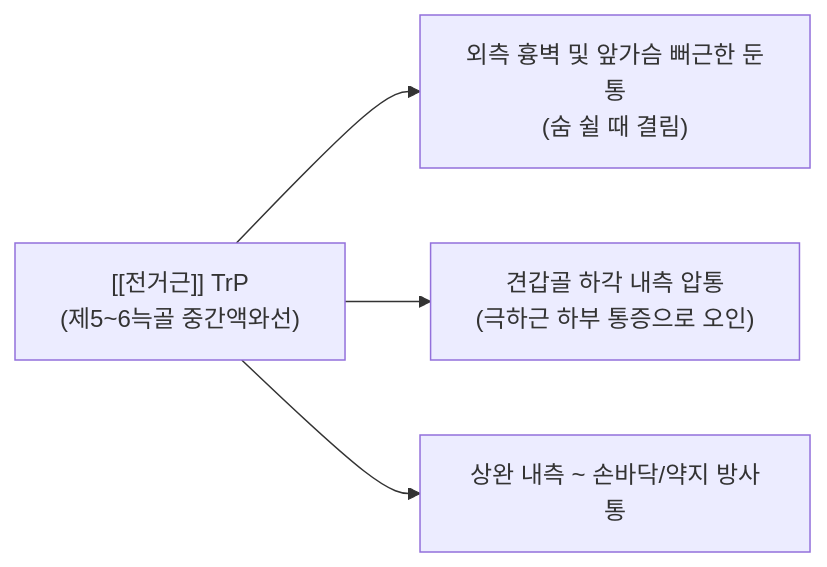
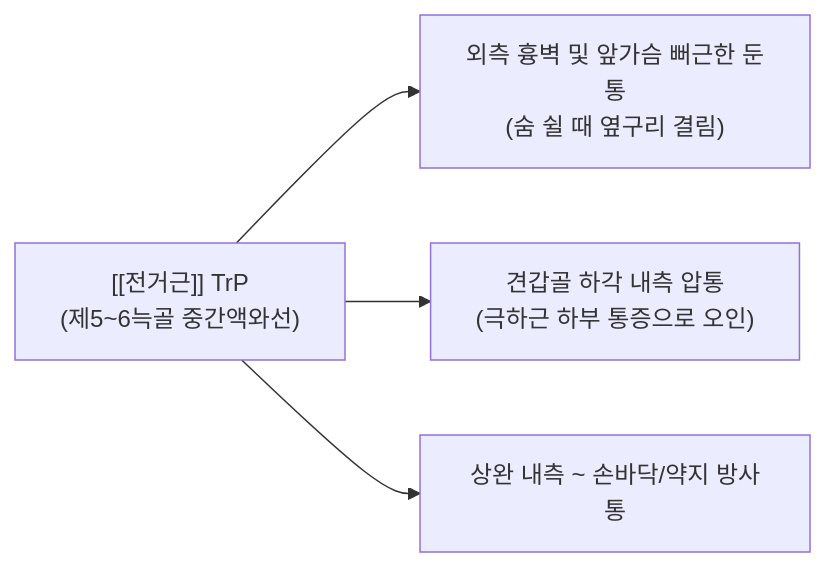
The third of 3 diagrams in content/1. 근골격계 공부/근육/(4) 어깨/전거근.md (simbio11/simbio-digital-garden2), drawn with Mermaid before and after one commit. The commit also changed other lines of this file and 150 other files, not shown here.

````diff
--- a/content/1. 근골격계 공부/근육/(4) 어깨/전거근.md
+++ b/content/1. 근골격계 공부/근육/(4) 어깨/전거근.md
@@ -69,9 +76,6 @@
 ```mermaid
 flowchart LR
-    TP["[[전거근]] TrP
-(제5~6늑골 중간액와선)"] --> Zone1["외측 흉벽 및 앞가슴 뻐근한 둔통
-(숨 쉴 때 결림)"]
-    TP --> Zone2["견갑골 하각 내측 압통
-(극하근 하부 통증으로 오인)"]
+    TP["[[전거근]] TrP<br>(제5~6늑골 중간액와선)"] --> Zone1["외측 흉벽 및 앞가슴 뻐근한 둔통<br>(숨 쉴 때 옆구리 결림)"]
+    TP --> Zone2["견갑골 하각 내측 압통<br>(극하근 하부 통증으로 오인)"]
     TP --> Zone3["상완 내측 ~ 손바닥/약지 방사통"]
 ```
````
